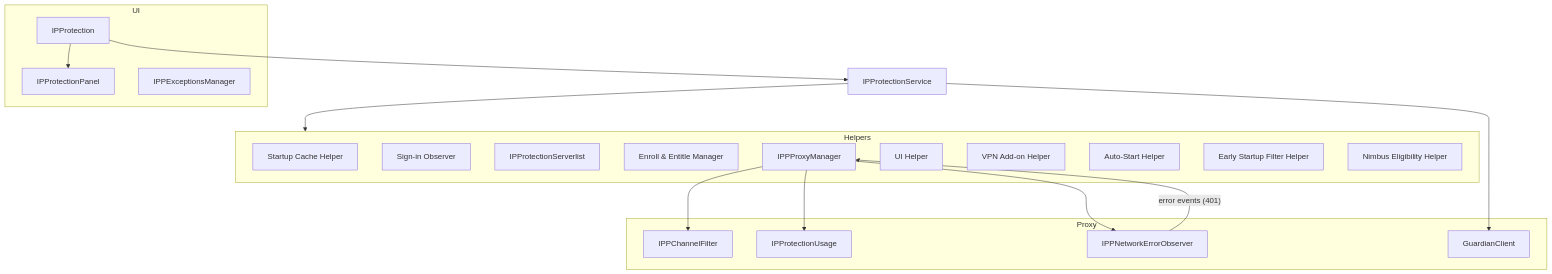
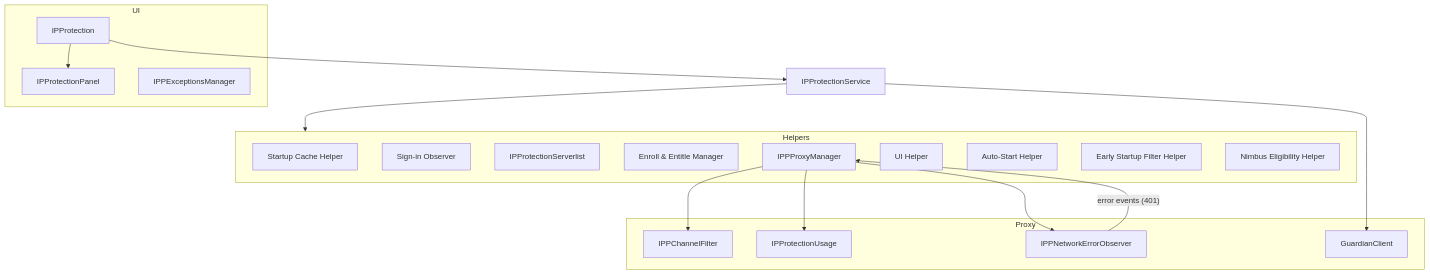
The diagram in browser/components/ipprotection/docs/Components.rst (marco-c/gecko-dev-comments-removed), drawn with Mermaid before and after one commit. The commit also changed other lines of this file and 5 other files, not shown here.

```diff
--- a/browser/components/ipprotection/docs/Components.rst
+++ b/browser/components/ipprotection/docs/Components.rst
@@ -11,52 +11,51 @@
 .. mermaid::
    :align: center
    :caption: IP Protection architecture
 
    flowchart TD
 
      IPProtectionService
 
      Helpers["IPProtectionHelpers"]
 
      %% UI
      subgraph UI
        IPProtection
        IPProtectionPanel
        IPPExceptionsManager
      end
 
      %% Helpers
      subgraph Helpers
        IPPStartupCache["Startup Cache Helper"]
        IPPSignInWatcher["Sign-in Observer"]
        IPProtectionServerlist
        IPPEnrollAndEntitleManager["Enroll & Entitle Manager"]
        IPPProxyManager
        UIHelper["UI Helper"]
-       IPPVPNAddonHelper["VPN Add-on Helper"]
        IPPAutoStart["Auto-Start Helper"]
        IPPEarlyStartupFilter["Early Startup Filter Helper"]
        IPPNimbusHelper["Nimbus Eligibility Helper"]
      end
 
      %% Proxy stack
      subgraph Proxy
        IPPChannelFilter
        IPProtectionUsage
        IPPNetworkErrorObserver
        GuardianClient
      end
 
      %% Service wiring
      IPProtectionService --> GuardianClient
      IPProtectionService --> Helpers
 
      %% UI wiring
      IPProtection --> IPProtectionPanel
      IPProtection --> IPProtectionService
 
      %% Proxy wiring
      IPPProxyManager --> IPPChannelFilter
      IPPProxyManager --> IPProtectionUsage
      IPPProxyManager --> IPPNetworkErrorObserver
      IPPNetworkErrorObserver -- "error events (401)" --> IPPProxyManager
```
